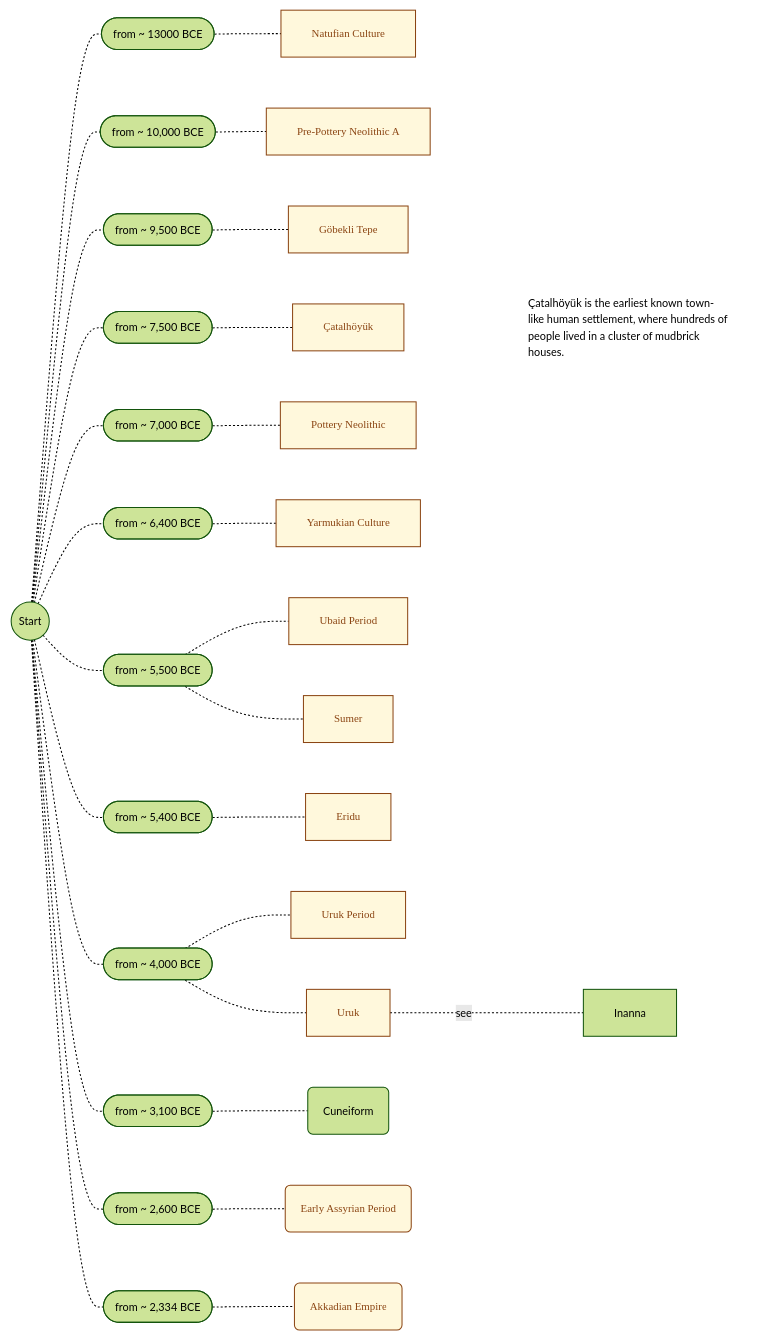
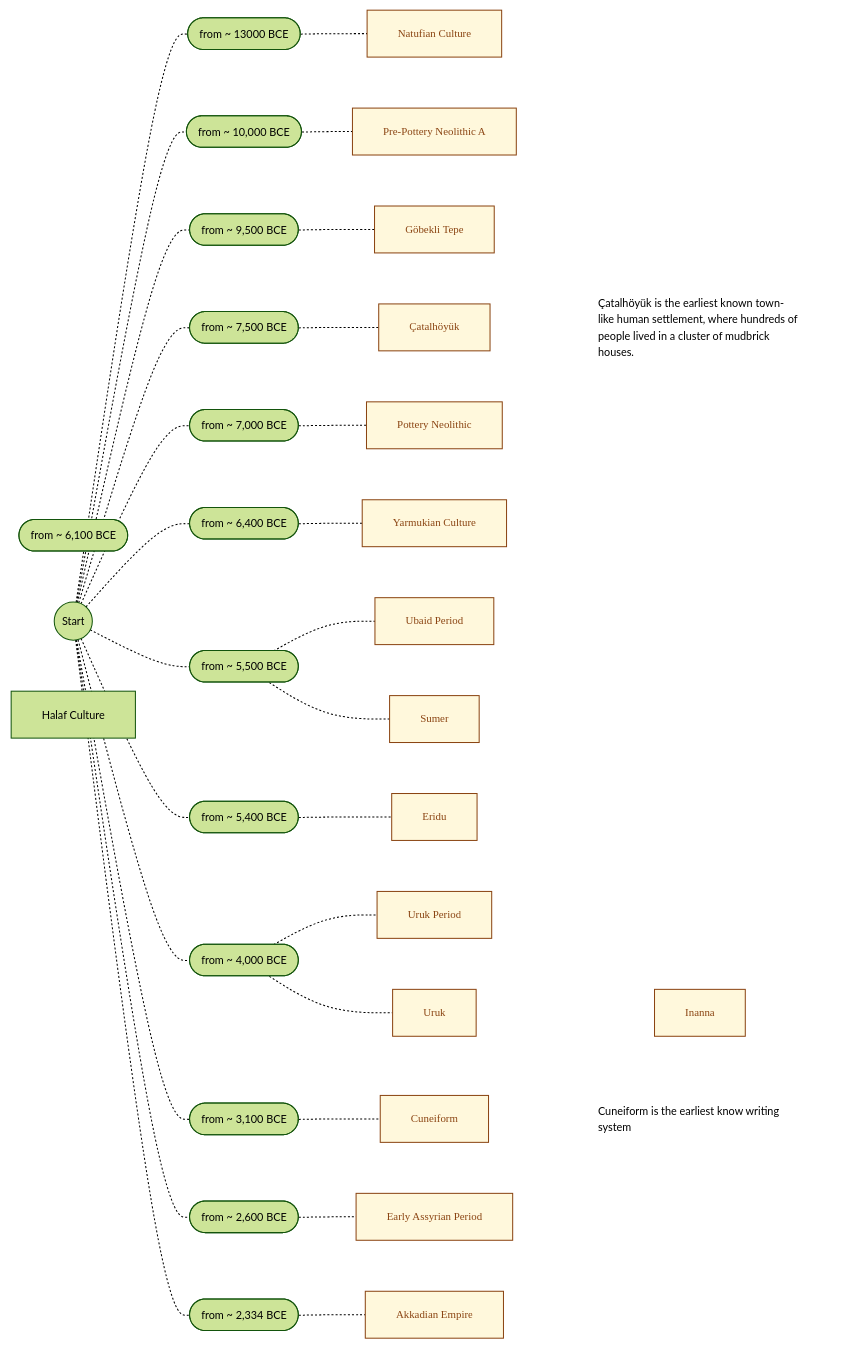
The diagram in 0000_General/mesopotamian_timeline_v1.01.md (joe-dorward/samples), drawn with Mermaid before and after one commit.

```diff
--- a/0000_General/mesopotamian_timeline_v1.01.md
+++ b/0000_General/mesopotamian_timeline_v1.01.md
@@ -6,7 +6,8 @@
 %%{init: { 'theme':'forest', 'themeVariables': { 'fontSize':'8pt' } }}%%
 flowchart LR
 %%classDef Note_b fill:cornsilk, stroke:saddlebrown, color:saddlebrown, font-family:verdana, text-align:left, margin:0px, padding:0px, height:40px;
-classDef Note fill:cornsilk, stroke:saddlebrown, color:saddlebrown, font-family:verdana, text-align:left, line-height:150%, margin:0px, padding:0px;
+%%classDef Note fill:cornsilk, stroke:saddlebrown, color:saddlebrown, font-family:verdana, text-align:left, line-height:150%, margin:0px, padding:0px;
+classDef Note fill:cornsilk, stroke:saddlebrown, color:saddlebrown, font-family:verdana, line-height:150%, margin:0px, padding:0px;
 classDef Summary fill:white, stroke:white, text-align:left
 
       START(("Start"))
@@ -35,6 +36,12 @@
       YARNUKIAN[Yarmukian Culture]
       click YARNUKIAN "https://en.wikipedia.org/wiki/Yarmukian_culture" _blank
 
+      6100([from ~ 6,100 BCE])
+      HALAF[Halaf Culture]
+      click HALAF "https://en.wikipedia.org/wiki/Halaf_culture" _blank
+
+
+
       5500([from ~ 5,500 BCE])
             UBAID[Ubaid Period]
             click UBAID "https://en.wikipedia.org/wiki/Ubaid_period" _blank
@@ -56,21 +63,22 @@
             click INANNA "https://en.wikipedia.org/wiki/Inanna" _blank
 
       3100([from ~ 3,100 BCE])
-            CUNEIFORM(Cuneiform)
+            CUNEIFORM[Cuneiform]
+            CUNEIFORM_NOTE[Cuneiform is the earliest know writing system]
             click CUNEIFORM "https://en.wikipedia.org/wiki/Cuneiform" _blank
 
       2600([from ~ 2,600 BCE])
-            EARLY_ASSYRIAN_PERIOD(Early Assyrian Period)
+            EARLY_ASSYRIAN_PERIOD[Early Assyrian Period]
             click EARLY_ASSYRIAN_PERIOD "https://en.wikipedia.org/wiki/Early_Assyrian_period" _blank
 
       2334([from ~ 2,334 BCE])
-            AKKADIAN_EMPIRE(Akkadian Empire)
+            AKKADIAN_EMPIRE[Akkadian Empire]
             click AKKADIAN_EMPIRE "https://en.wikipedia.org/wiki/Akkadian_Empire" _blank
 
 
 
-      class NATUFIAN,PRE_POTTERY_NEOLITHIC_A,GOBEKLI_TEPE,CATALHOYUK,POTTERY_NEOLITHIC,YARNUKIAN,UBAID,SUMER,ERIDU,URUK_PERIOD,URUK,EARLY_ASSYRIAN_PERIOD,AKKADIAN_EMPIRE Note;
-      class CATALHOYUK_NOTE Summary
+      class NATUFIAN,PRE_POTTERY_NEOLITHIC_A,GOBEKLI_TEPE,CATALHOYUK,POTTERY_NEOLITHIC,YARNUKIAN,UBAID,SUMER,ERIDU,URUK_PERIOD,URUK,INANNA,CUNEIFORM,EARLY_ASSYRIAN_PERIOD,AKKADIAN_EMPIRE Note;
+      class CATALHOYUK_NOTE,CUNEIFORM_NOTE Summary
       %% ========== ========== ========== ========== ==========
       START-.-13000-.-NATUFIAN
       START-.-10000-.-PRE_POTTERY_NEOLITHIC_A
@@ -82,8 +90,8 @@
               5500-.-SUMER
       START-.-5400-.-ERIDU
       START-.-4000-.-URUK_PERIOD
-              4000-.-URUK-."see".-INANNA
-      START-.-3100-.-CUNEIFORM
+              4000-.-URUK~~~INANNA
+      START-.-3100-.-CUNEIFORM~~~CUNEIFORM_NOTE
       START-.-2600-.-EARLY_ASSYRIAN_PERIOD
       START-.-2334-.-AKKADIAN_EMPIRE
 
```
